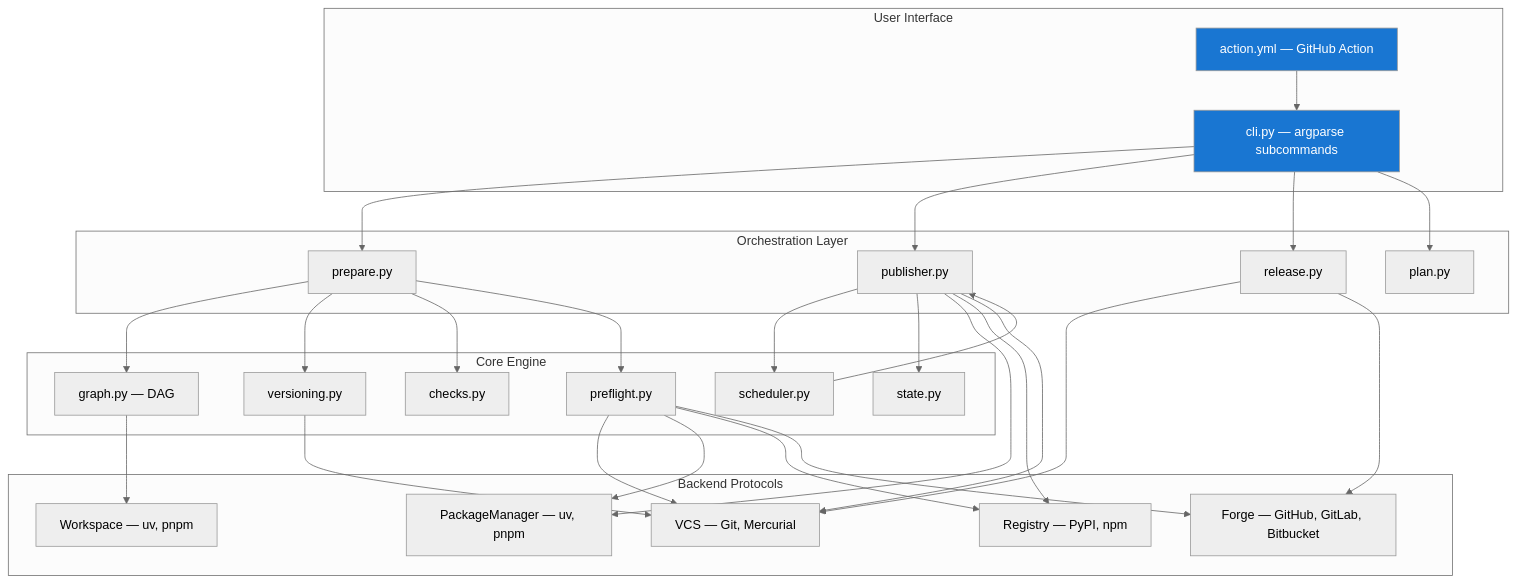
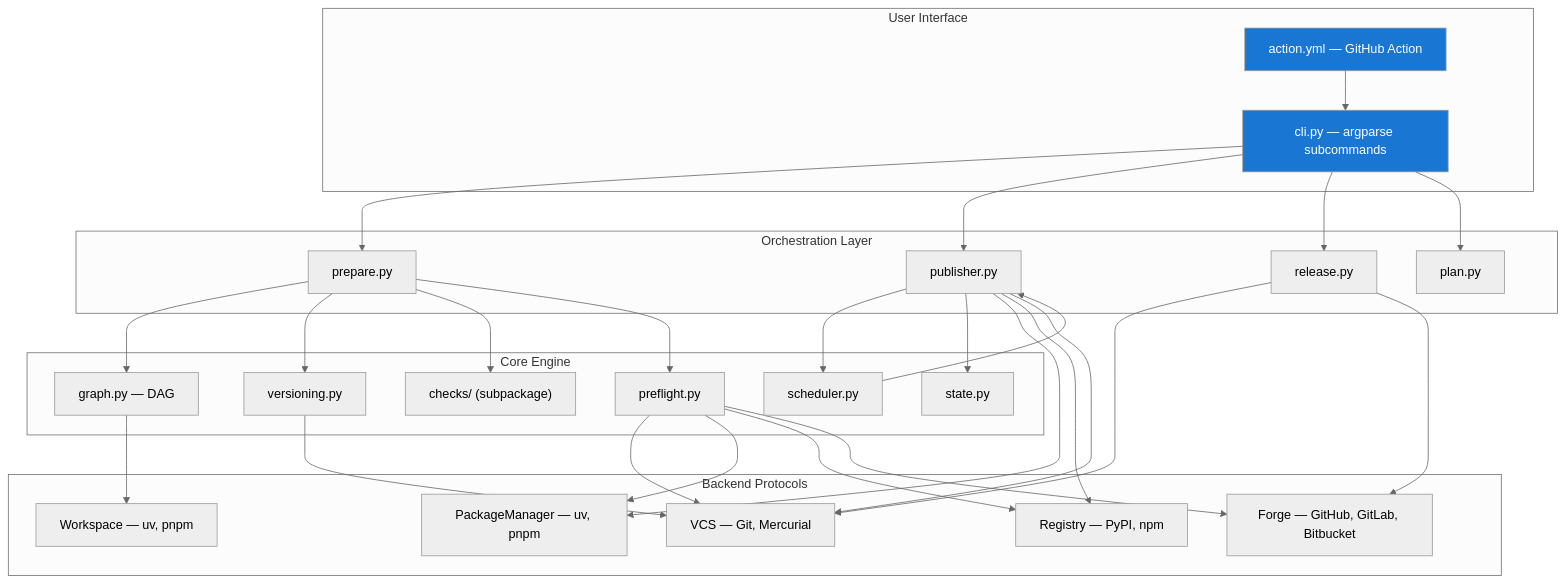
The first of 2 diagrams in tools/releasekit/docs/docs/architecture/index.md (genkit-ai/genkit-python), drawn with Mermaid (neutral theme) before and after one commit. The commit also changed 11 other files, not shown here.

First line of the commit message:
docs(py/releasekit): update docs for checks subpackage refactor (#4644)

````diff
--- a/tools/releasekit/docs/docs/architecture/index.md
+++ b/tools/releasekit/docs/docs/architecture/index.md
@@ -13,45 +13,45 @@
 ```mermaid
 graph TB
     subgraph "User Interface"
         CLI["cli.py — argparse subcommands"]
         GHA["action.yml — GitHub Action"]
     end
 
     subgraph "Orchestration Layer"
         PREP["prepare.py"]
         PUB["publisher.py"]
         REL["release.py"]
         PLAN["plan.py"]
     end
 
     subgraph "Core Engine"
         GRAPH["graph.py — DAG"]
         SCHED["scheduler.py"]
         VER["versioning.py"]
         STATE["state.py"]
-        CHECK["checks.py"]
+        CHECK["checks/ (subpackage)"]
         PRE["preflight.py"]
     end
 
     subgraph "Backend Protocols"
         VCS["VCS — Git, Mercurial"]
         PM["PackageManager — uv, pnpm"]
         FORGE["Forge — GitHub, GitLab, Bitbucket"]
         REG["Registry — PyPI, npm"]
         WS["Workspace — uv, pnpm"]
     end
 
     CLI --> PREP & PUB & REL & PLAN
     GHA --> CLI
     PREP --> GRAPH & VER & CHECK & PRE
     PUB --> SCHED & STATE
     REL --> VCS & FORGE
     SCHED --> PUB
     GRAPH --> WS
     VER --> VCS
     PRE --> VCS & PM & REG & FORGE
     PUB --> PM & REG & VCS
 
     style CLI fill:#1976d2,color:#fff
     style GHA fill:#1976d2,color:#fff
 ```
````
